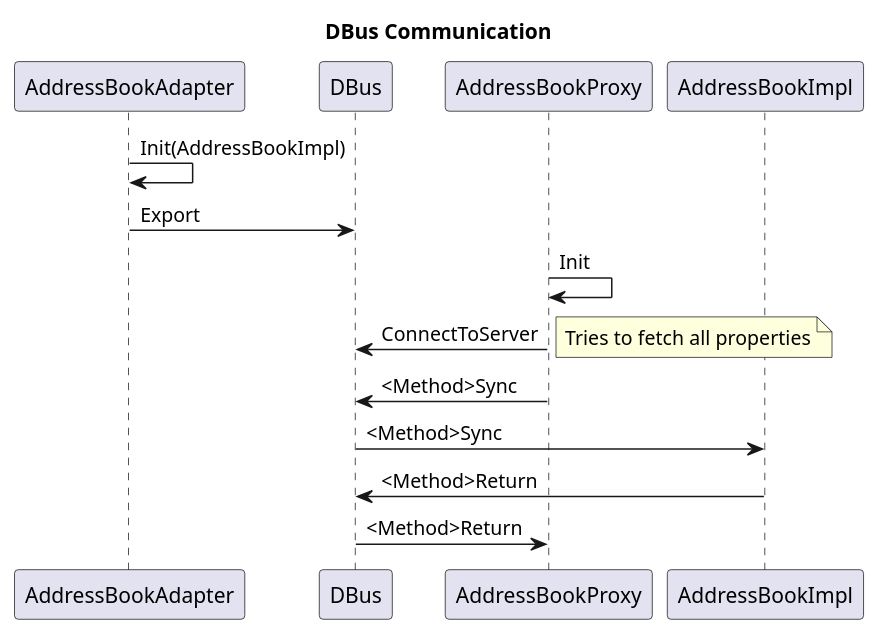
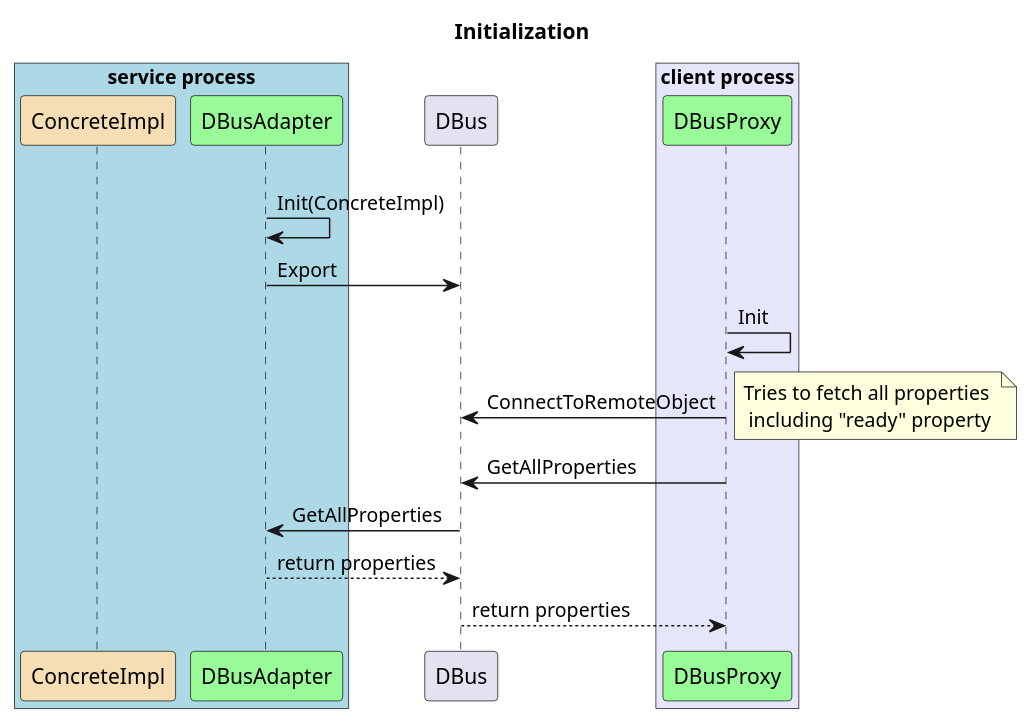
One commit to idleroamer/goqface changed the diagram in assets/initial-adapter-proxy-sequence.puml. Above: the diagram before and after it, drawn with PlantUML. The commit also changed 11 other files, not shown here.

```diff
--- a/assets/initial-adapter-proxy-sequence.puml
+++ b/assets/initial-adapter-proxy-sequence.puml
@@ -1,13 +1,23 @@
 @startuml
-title DBus Communication
-AddressBookAdapter -> AddressBookAdapter: Init(AddressBookImpl) 
-AddressBookAdapter -> DBus: Export 
-AddressBookProxy -> AddressBookProxy: Init 
-AddressBookProxy -> DBus: ConnectToServer
-note right: Tries to fetch all properties 
-AddressBookProxy -> DBus: <Method>Sync
-DBus -> AddressBookImpl: <Method>Sync
-AddressBookImpl -> DBus: <Method>Return
-DBus -> AddressBookProxy: <Method>Return
+title Initialization
+box "service process" #LightBlue
+participant ConcreteImpl #Wheat
+participant DBusAdapter #PaleGreen
+end box
 
+ConcreteImpl -[hidden]> DBusAdapter
+DBusAdapter -> DBusAdapter: Init(ConcreteImpl) 
+DBusAdapter -> DBus: Export 
+
+box "client process" #Lavender
+participant DBusProxy #PaleGreen
+end box
+
+DBusProxy -> DBusProxy: Init 
+DBusProxy -> DBus: ConnectToRemoteObject
+note right: Tries to fetch all properties \n including "ready" property 
+DBusProxy -> DBus: GetAllProperties
+DBus -> DBusAdapter: GetAllProperties
+DBusAdapter --> DBus: return properties
+DBus --> DBusProxy: return properties
 @enduml
```
